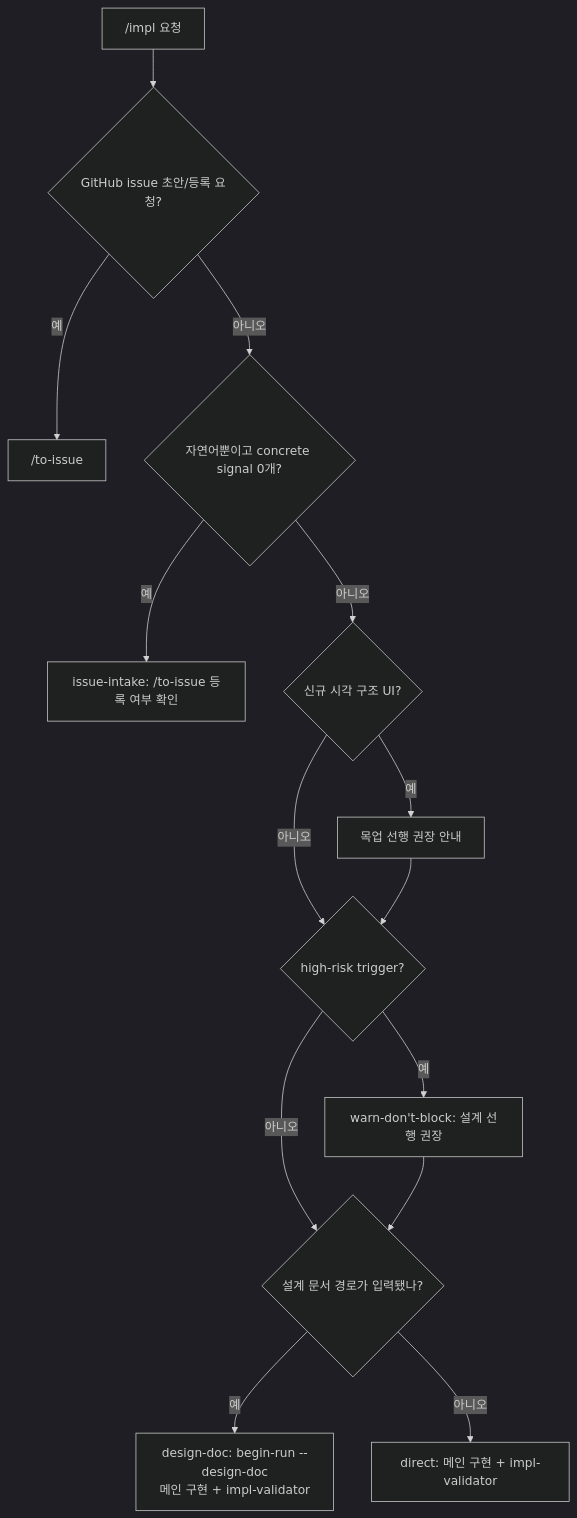
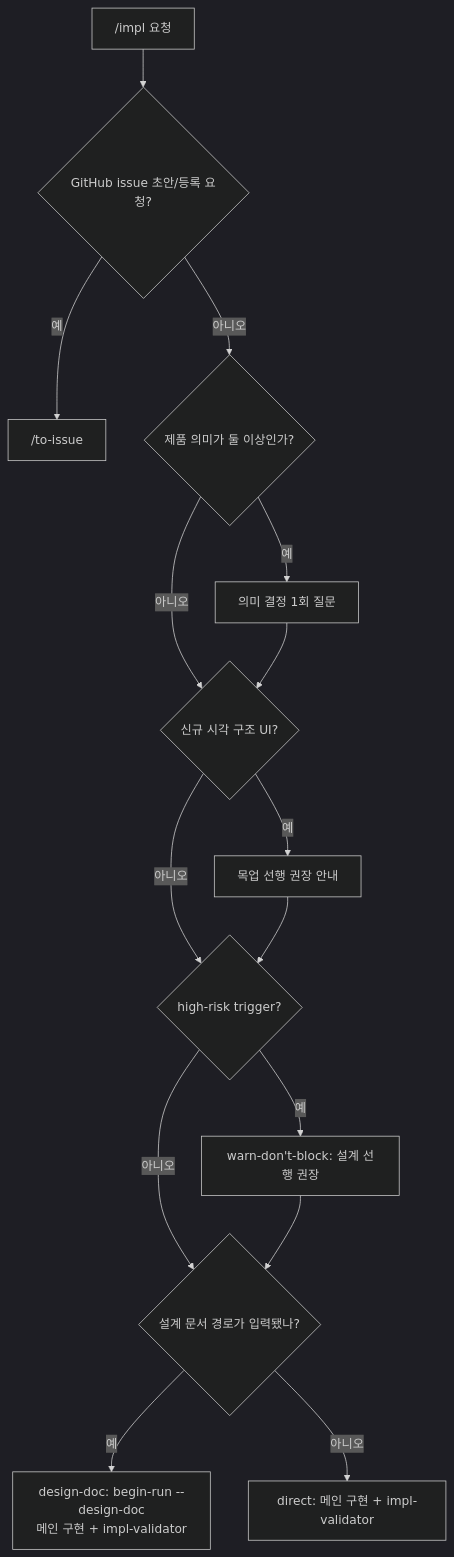
Before and after one commit to Daeguk-Sun/dcNess: the diagram in skills/impl/impl-routing.md, drawn with Mermaid (dark theme). The commit also changed other lines of this file and 41 other files, not shown here.

````diff
--- a/skills/impl/impl-routing.md
+++ b/skills/impl/impl-routing.md
@@ -24,16 +24,17 @@
 ```mermaid
 flowchart TB
   REQ["/impl 요청"] --> MAKE{"GitHub issue 초안/등록 요청?"}
   MAKE -->|예| TI["/to-issue"]
-  MAKE -->|아니오| NL{"자연어뿐이고 concrete signal 0개?"}
-  NL -->|예| II["issue-intake: /to-issue 등록 여부 확인"]
-  NL -->|아니오| UI{"신규 시각 구조 UI?"}
+  MAKE -->|아니오| MEAN{"제품 의미가 둘 이상인가?"}
+  MEAN -->|예| ASK["의미 결정 1회 질문"]
+  MEAN -->|아니오| UI{"신규 시각 구조 UI?"}
+  ASK --> UI
   UI -->|예| UW["목업 선행 권장 안내"]
   UI -->|아니오| HR
   UW --> HR{"high-risk trigger?"}
   HR -->|예| WARN["warn-don't-block: 설계 선행 권장"]
   HR -->|아니오| DOC
   WARN --> DOC{"설계 문서 경로가 입력됐나?"}
   DOC -->|예| DD["design-doc: begin-run --design-doc<br/>메인 구현 + impl-validator"]
   DOC -->|아니오| DR["direct: 메인 구현 + impl-validator"]
 ```
````
